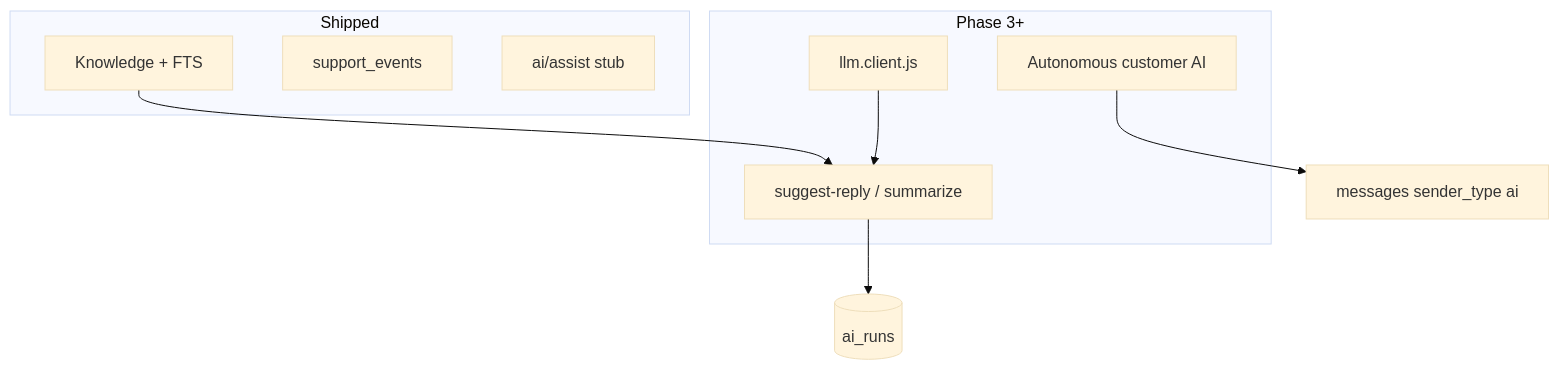
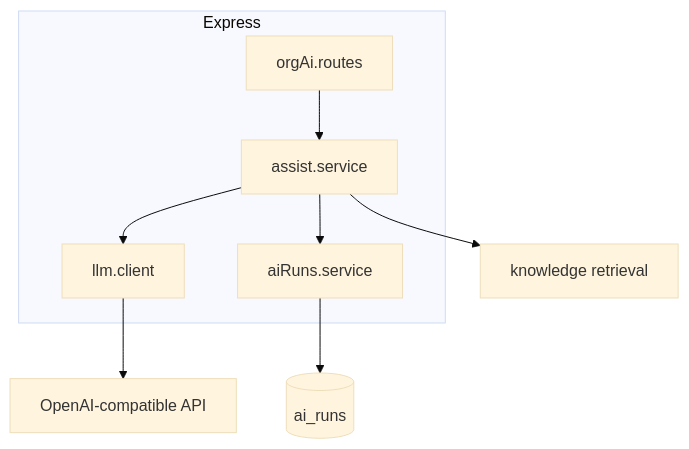
One commit to 108aryanmaurya/AI-Support-System changed the diagram in docs/features/ai-capabilities.md. Above: the diagram before and after it, drawn with Mermaid (base theme). The commit also changed other lines of this file and 43 other files, not shown here.

````diff
--- a/docs/features/ai-capabilities.md
+++ b/docs/features/ai-capabilities.md
@@ -21,17 +45,15 @@
 ```mermaid
 flowchart TB
-  subgraph shipped [Shipped]
-    KB[Knowledge + FTS]
-    Events[support_events]
-    Stub[ai/assist stub]
+  subgraph api [Express]
+    Routes[orgAi.routes]
+    Assist[assist.service]
+    LLM[llm.client]
+    Runs[aiRuns.service]
   end
-  subgraph future [Phase 3+]
-    LLM[llm.client.js]
-    Copilot[suggest-reply / summarize]
-    AutoAI[Autonomous customer AI]
-  end
-  KB --> Copilot
-  LLM --> Copilot
-  Copilot --> ai_runs[(ai_runs)]
-  AutoAI --> Messages[messages sender_type ai]
+  Routes --> Assist
+  Assist --> LLM
+  Assist --> Runs
+  Assist --> KB[knowledge retrieval]
+  Runs --> DB[(ai_runs)]
+  LLM --> Provider[OpenAI-compatible API]
 ```
````
